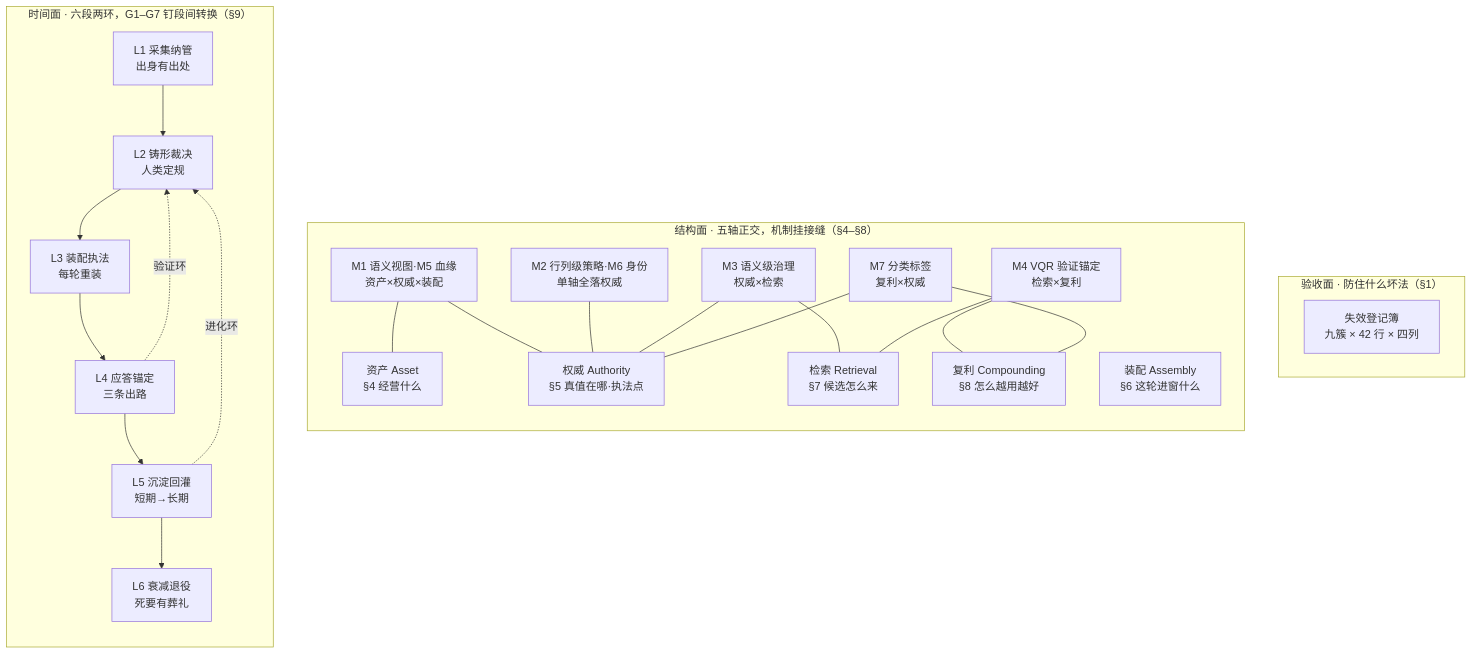
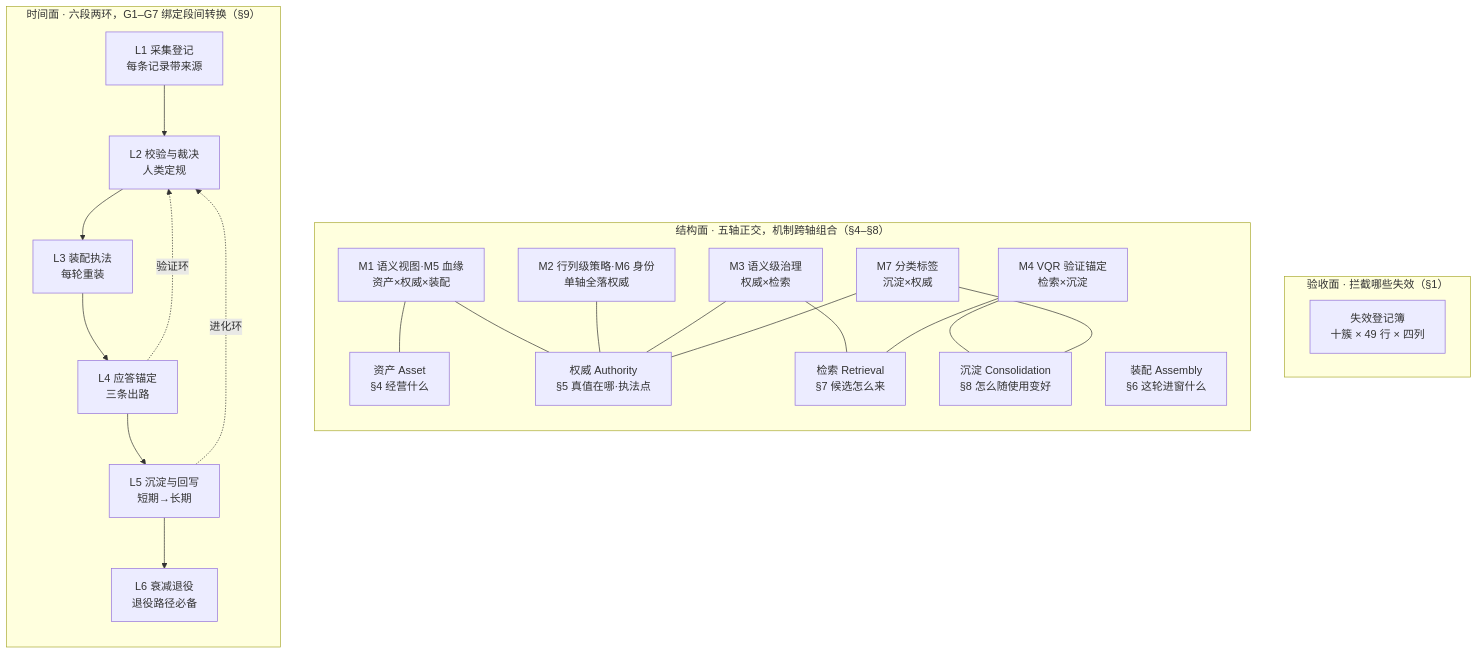
One commit to ThreeFish-AI/negentropy changed the diagram in docs/assets/mermaid/cognitive-context/context-layer-blueprint--architecture.mmd. Above: the diagram before and after it, drawn with Mermaid. The commit also changed 476 other files, not shown here.

First line of the commit message:
docs+feat: 013 蓝图去比喻整改 + Context Layer 第 2 集零类比重制（edge 草渲 26:57） (#1195)

```diff
--- a/docs/assets/mermaid/cognitive-context/context-layer-blueprint--architecture.mmd
+++ b/docs/assets/mermaid/cognitive-context/context-layer-blueprint--architecture.mmd
@@ -1,42 +1,42 @@
-%%source: docs/research/cognitive-context/013-context-layer-blueprint.md §3 总纲：三面蓝图（§3.1 三面各自承重 / §3.3 机制＝接缝 / §3.4 六段两环）
+%%source: docs/research/cognitive-context/013-context-layer-blueprint.md §3 总纲：三面蓝图（§3.1 三面各自独立 / §3.3 机制＝多轴组合 / §3.4 六段两环）
 %%slug: cognitive-context/context-layer-blueprint--architecture
 %%type: architecture
-%%derived: archify architecture v3, redesigned from v2（三轴顺序链 → 三面独立承重：验收面登记簿九簇 × 结构面五轴+M1–M7 接缝挂件 × 时间面 L1–L6 六段+验证环/进化环两回边；v2 见 git 史）
+%%derived: archify architecture v3, redesigned from v2（三轴顺序链 → 三面各自独立：验收面登记簿十簇 × 结构面五轴+M1–M7 跨轴组合挂件 × 时间面 L1–L6 六段+验证环/进化环两回边；v2 见 git 史）
 flowchart TB
-    subgraph FACE1["验收面 · 防住什么坏法（§1）"]
-        REG["失效登记簿<br/>九簇 × 42 行 × 四列"]
+    subgraph FACE1["验收面 · 拦截哪些失效（§1）"]
+        REG["失效登记簿<br/>十簇 × 49 行 × 四列"]
     end
-    subgraph FACE2["结构面 · 五轴正交，机制挂接缝（§4–§8）"]
+    subgraph FACE2["结构面 · 五轴正交，机制跨轴组合（§4–§8）"]
         direction TB
         A1["资产 Asset<br/>§4 经营什么"]
         A2["权威 Authority<br/>§5 真值在哪·执法点"]
         A3["装配 Assembly<br/>§6 这轮进窗什么"]
         A4["检索 Retrieval<br/>§7 候选怎么来"]
-        A5["复利 Compounding<br/>§8 怎么越用越好"]
+        A5["沉淀 Consolidation<br/>§8 怎么随使用变好"]
         M15["M1 语义视图·M5 血缘<br/>资产×权威×装配"]
         M26["M2 行列级策略·M6 身份<br/>单轴全落权威"]
         M3["M3 语义级治理<br/>权威×检索"]
-        M4["M4 VQR 验证锚定<br/>检索×复利"]
-        M7["M7 分类标签<br/>复利×权威"]
+        M4["M4 VQR 验证锚定<br/>检索×沉淀"]
+        M7["M7 分类标签<br/>沉淀×权威"]
         M15 --- A1
         M15 --- A2
         M26 --- A2
         M3 --- A2
         M3 --- A4
         M4 --- A4
         M4 --- A5
         M7 --- A5
         M7 --- A2
     end
-    subgraph FACE3["时间面 · 六段两环，G1–G7 钉段间转换（§9）"]
+    subgraph FACE3["时间面 · 六段两环，G1–G7 绑定段间转换（§9）"]
         direction TB
-        L1["L1 采集纳管<br/>出身有出处"]
-        L2["L2 铸形裁决<br/>人类定规"]
+        L1["L1 采集登记<br/>每条记录带来源"]
+        L2["L2 校验与裁决<br/>人类定规"]
         L3["L3 装配执法<br/>每轮重装"]
         L4["L4 应答锚定<br/>三条出路"]
-        L5["L5 沉淀回灌<br/>短期→长期"]
-        L6["L6 衰减退役<br/>死要有葬礼"]
+        L5["L5 沉淀与回写<br/>短期→长期"]
+        L6["L6 衰减退役<br/>退役路径必备"]
         L1 --> L2 --> L3 --> L4 --> L5 --> L6
         L4 -.->|"验证环"| L2
         L5 -.->|"进化环"| L2
     end
```
